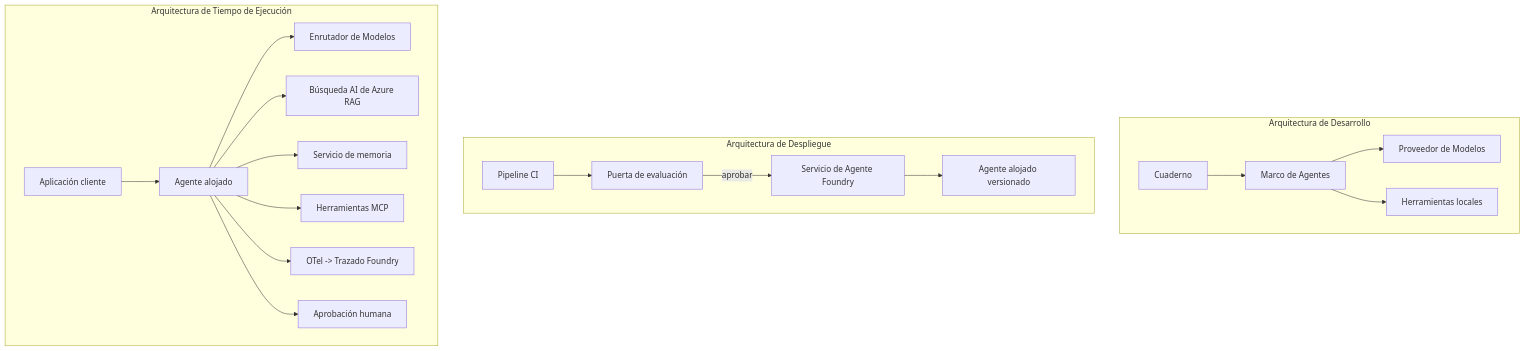
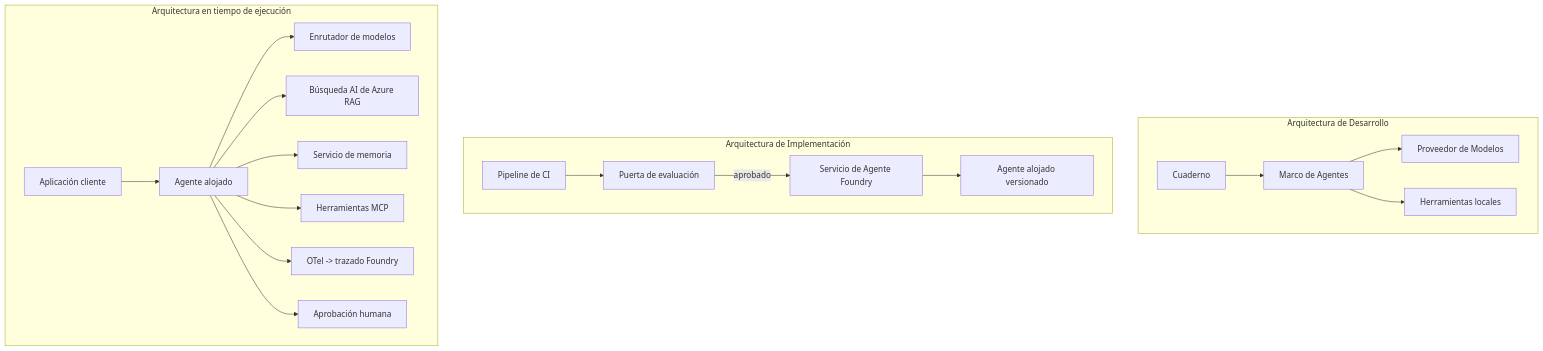
Before and after one commit to gabrielmoreira/agent-skills-mirror: the fourth of 4 diagrams in mirrors/repos/microsoft@ai-agents-for-beginners/translations/es/16-deploying-scalable-agents/README.md, drawn with Mermaid. The commit also changed other lines of this file and 3581 other files, not shown here.

````diff
--- a/mirrors/repos/microsoft@ai-agents-for-beginners/translations/es/16-deploying-scalable-agents/README.md
+++ b/mirrors/repos/microsoft@ai-agents-for-beginners/translations/es/16-deploying-scalable-agents/README.md
@@ -185,22 +185,22 @@
 ```mermaid
 flowchart TB
     subgraph Dev[Arquitectura de Desarrollo]
         D1[Cuaderno] --> D2[Marco de Agentes]
         D2 --> D3[Proveedor de Modelos]
         D2 --> D4[Herramientas locales]
     end
-    subgraph Deploy[Arquitectura de Despliegue]
-        E1[Pipeline CI] --> E2[Puerta de evaluación]
-        E2 -->|aprobar| E3[Servicio de Agente Foundry]
+    subgraph Deploy[Arquitectura de Implementación]
+        E1[Pipeline de CI] --> E2[Puerta de evaluación]
+        E2 -->|aprobado| E3[Servicio de Agente Foundry]
         E3 --> E4[Agente alojado versionado]
     end
-    subgraph Run[Arquitectura de Tiempo de Ejecución]
+    subgraph Run[Arquitectura en tiempo de ejecución]
         F1[Aplicación cliente] --> F2[Agente alojado]
-        F2 --> F3[Enrutador de Modelos]
+        F2 --> F3[Enrutador de modelos]
         F2 --> F4[Búsqueda AI de Azure RAG]
         F2 --> F5[Servicio de memoria]
         F2 --> F6[Herramientas MCP]
-        F2 --> F7[OTel -> Trazado Foundry]
+        F2 --> F7[OTel -> trazado Foundry]
         F2 --> F8[Aprobación humana]
     end
 ```
````
